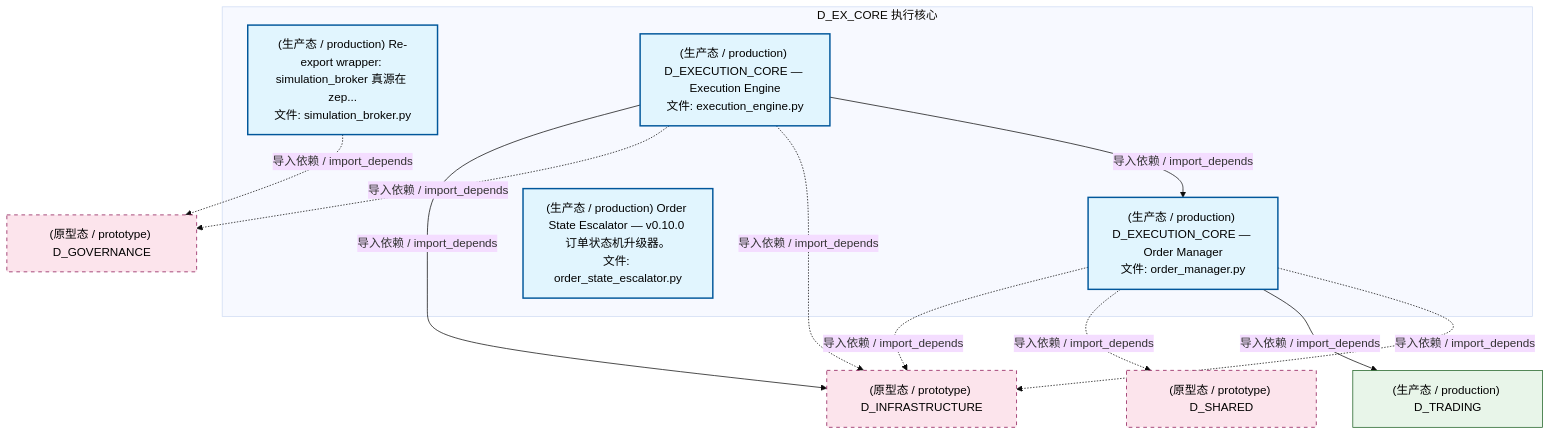
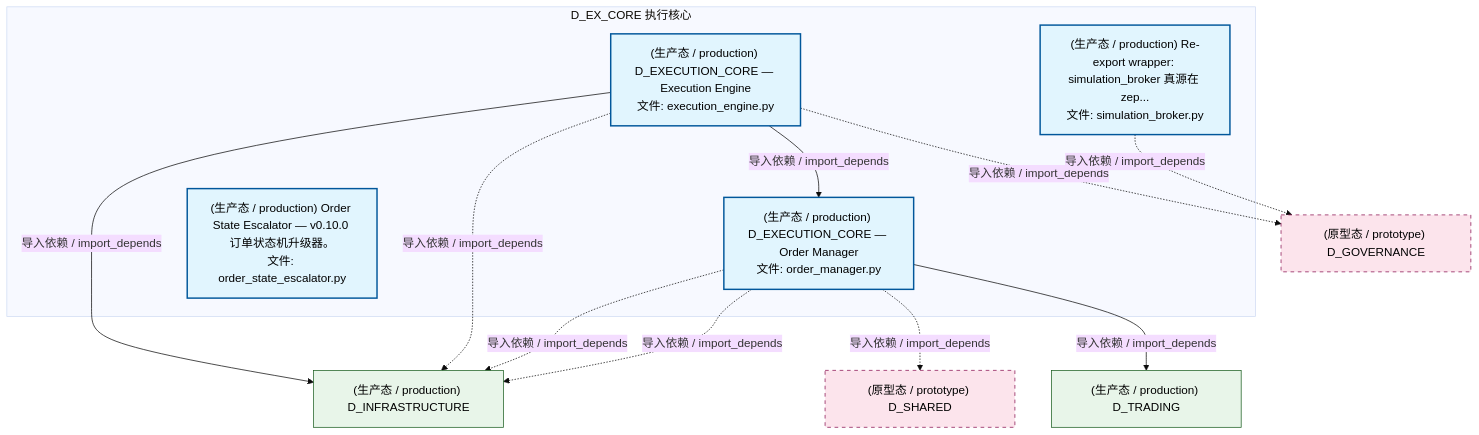
Before and after one commit to xuanFelixVan/ZephyrAlpha: the second of 5 diagrams in docs/02_enterprise_architecture/02_domain_architecture_docs/34_d_ex_core.md, drawn with Mermaid (base theme). The commit also changed other lines of this file and 103 other files, not shown here.

````diff
--- a/docs/02_enterprise_architecture/02_domain_architecture_docs/34_d_ex_core.md
+++ b/docs/02_enterprise_architecture/02_domain_architecture_docs/34_d_ex_core.md
@@ -126,29 +126,29 @@
 ```mermaid
 graph TD
     subgraph D_EX_CORE["D_EX_CORE 执行核心"]
         src_zephyr_ex_core_adapters_simulation_broker_py["(生产态 / production) Re-export wrapper: simulation_broker 真源在 zep...<br/>文件: simulation_broker.py"]
         src_zephyr_ex_core_execution_engine_py["(生产态 / production) D_EXECUTION_CORE — Execution Engine<br/>文件: execution_engine.py"]
         src_zephyr_ex_core_order_manager_py["(生产态 / production) D_EXECUTION_CORE — Order Manager<br/>文件: order_manager.py"]
         src_zephyr_governance_escalation_order_state_escalator_py["(生产态 / production) Order State Escalator — v0.10.0 订单状态机升级器。<br/>文件: order_state_escalator.py"]
     end
     src_zephyr_ex_core_execution_engine_py -->|导入依赖 / import_depends| src_zephyr_ex_core_order_manager_py
-    D_INFRASTRUCTURE["(原型态 / prototype) D_INFRASTRUCTURE"]
+    D_INFRASTRUCTURE["(生产态 / production) D_INFRASTRUCTURE"]
+    src_zephyr_ex_core_execution_engine_py -->|导入依赖 / import_depends| D_INFRASTRUCTURE
+    D_GOVERNANCE["(原型态 / prototype) D_GOVERNANCE"]
+    src_zephyr_ex_core_execution_engine_py -.->|导入依赖 / import_depends| D_GOVERNANCE
+    src_zephyr_ex_core_execution_engine_py -.->|导入依赖 / import_depends| D_INFRASTRUCTURE
     src_zephyr_ex_core_order_manager_py -.->|导入依赖 / import_depends| D_INFRASTRUCTURE
+    D_SHARED["(原型态 / prototype) D_SHARED"]
+    src_zephyr_ex_core_order_manager_py -.->|导入依赖 / import_depends| D_SHARED
     D_TRADING["(生产态 / production) D_TRADING"]
     src_zephyr_ex_core_order_manager_py -->|导入依赖 / import_depends| D_TRADING
-    D_SHARED["(原型态 / prototype) D_SHARED"]
-    src_zephyr_ex_core_order_manager_py -.->|导入依赖 / import_depends| D_SHARED
     src_zephyr_ex_core_order_manager_py -.->|导入依赖 / import_depends| D_INFRASTRUCTURE
-    D_GOVERNANCE["(原型态 / prototype) D_GOVERNANCE"]
     src_zephyr_ex_core_adapters_simulation_broker_py -.->|导入依赖 / import_depends| D_GOVERNANCE
-    src_zephyr_ex_core_execution_engine_py -.->|导入依赖 / import_depends| D_INFRASTRUCTURE
-    src_zephyr_ex_core_execution_engine_py -.->|导入依赖 / import_depends| D_GOVERNANCE
-    src_zephyr_ex_core_execution_engine_py -->|导入依赖 / import_depends| D_INFRASTRUCTURE
     classDef production fill:#e1f5fe,stroke:#01579b,stroke-width:2px,color:#000
     classDef design fill:#fff3e0,stroke:#e65100,stroke-width:2px,color:#000,stroke-dasharray: 5 5
     classDef external_prod fill:#e8f5e9,stroke:#1b5e20,stroke-width:1px,color:#000
     classDef external_design fill:#fce4ec,stroke:#880e4f,stroke-width:1px,color:#000,stroke-dasharray: 5 5
     class src_zephyr_ex_core_adapters_simulation_broker_py,src_zephyr_ex_core_execution_engine_py,src_zephyr_ex_core_order_manager_py,src_zephyr_governance_escalation_order_state_escalator_py production
-    class D_TRADING external_prod
-    class D_INFRASTRUCTURE,D_SHARED,D_GOVERNANCE external_design
+    class D_INFRASTRUCTURE,D_TRADING external_prod
+    class D_GOVERNANCE,D_SHARED external_design
 ```
````
